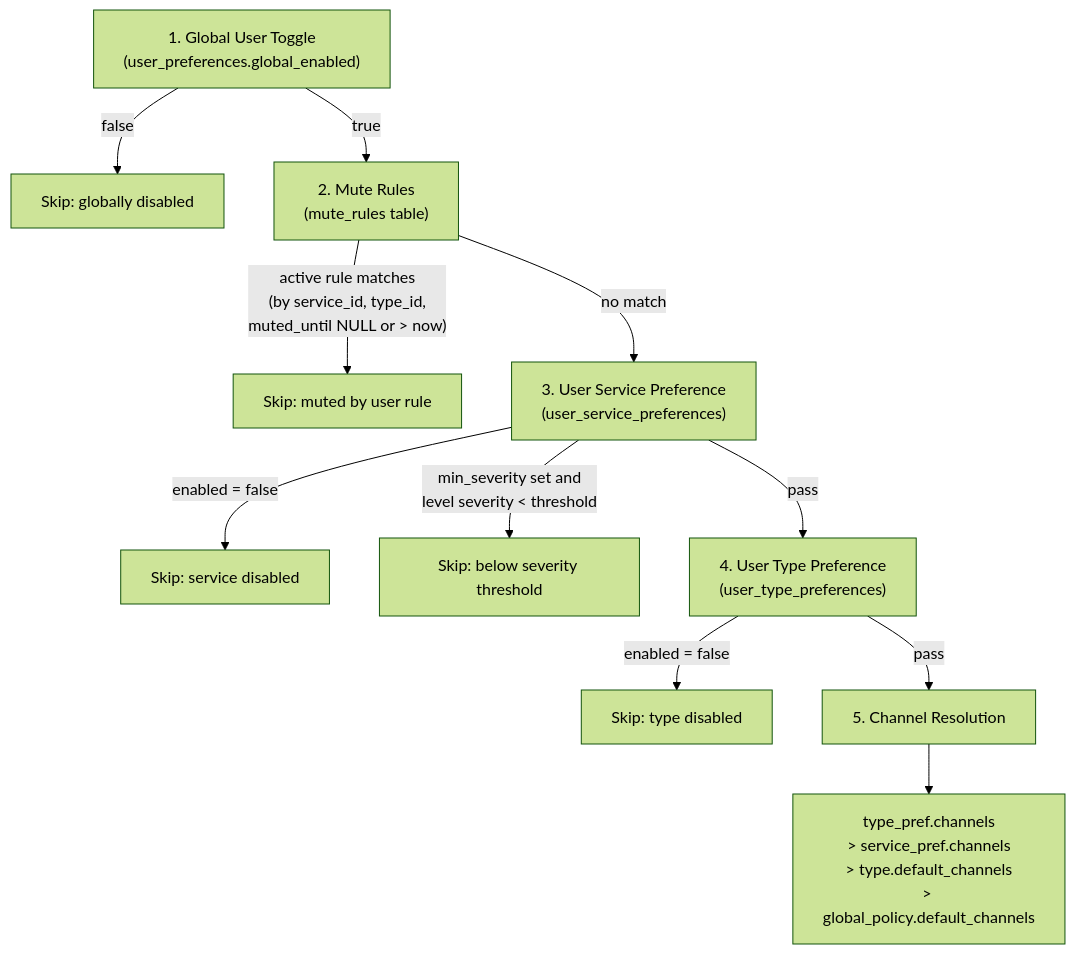
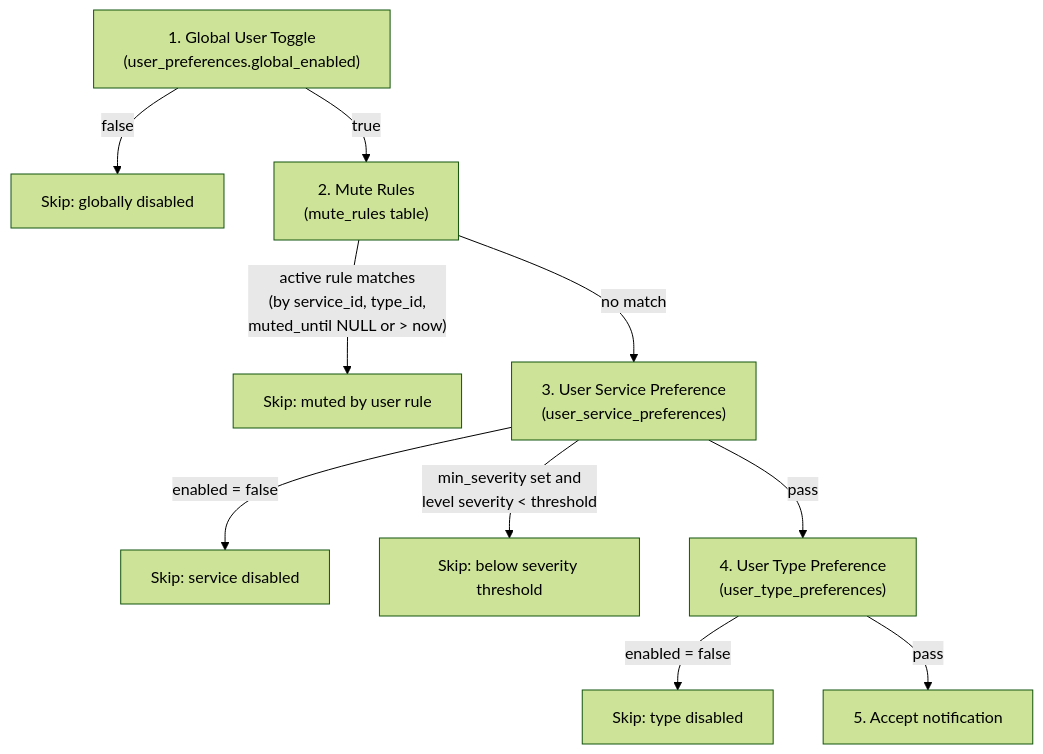
The third of 3 diagrams in docs/lifecycle.md (sunbeamdotpt/estafeta), drawn with Mermaid (forest theme) before and after one commit. The commit also changed other lines of this file and 20 other files, not shown here.

````diff
--- a/docs/lifecycle.md
+++ b/docs/lifecycle.md
@@ -276,13 +331,12 @@
 ```mermaid
 graph TD
     A["1. Global User Toggle<br>(user_preferences.global_enabled)"] -->|false| SKIP1["Skip: globally disabled"]
     A -->|true| B["2. Mute Rules<br>(mute_rules table)"]
     B -->|"active rule matches<br>(by service_id, type_id,<br>muted_until NULL or > now)"| SKIP2["Skip: muted by user rule"]
     B -->|no match| C["3. User Service Preference<br>(user_service_preferences)"]
     C -->|enabled = false| SKIP3["Skip: service disabled"]
     C -->|"min_severity set and<br>level severity < threshold"| SKIP4["Skip: below severity threshold"]
     C -->|pass| D["4. User Type Preference<br>(user_type_preferences)"]
     D -->|enabled = false| SKIP5["Skip: type disabled"]
-    D -->|pass| E["5. Channel Resolution"]
-    E --> F["type_pref.channels<br>> service_pref.channels<br>> type.default_channels<br>> global_policy.default_channels"]
+    D -->|pass| E["5. Accept notification"]
 ```
````
